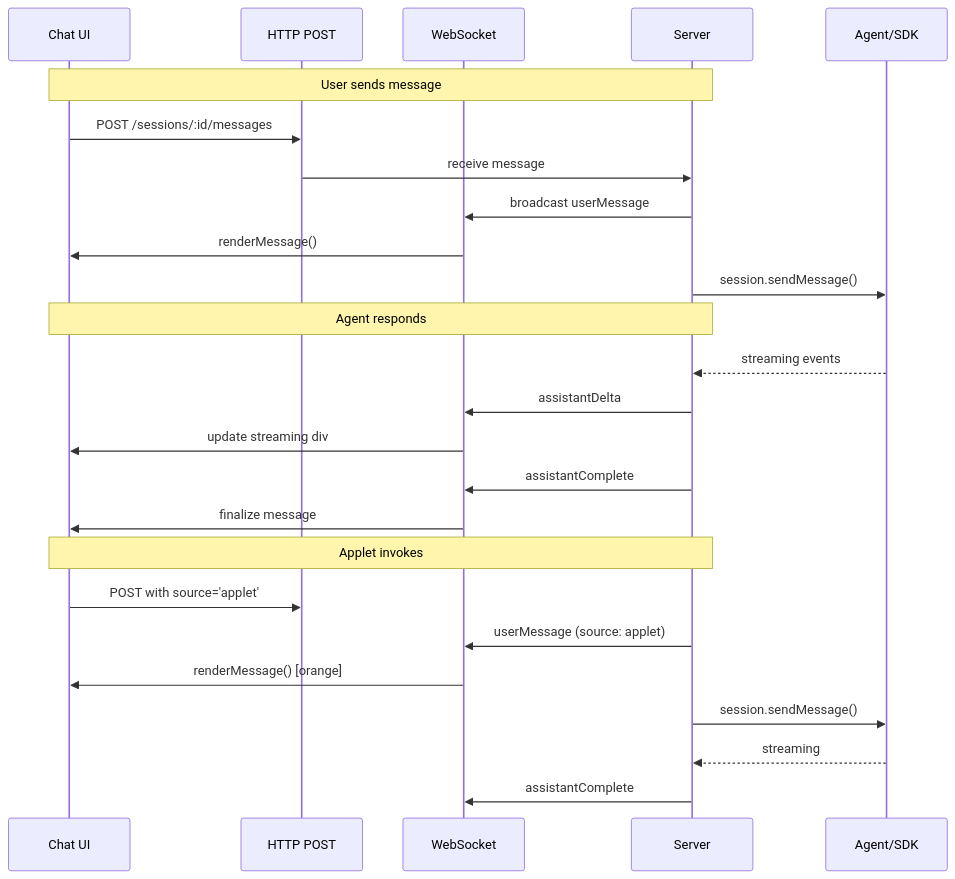
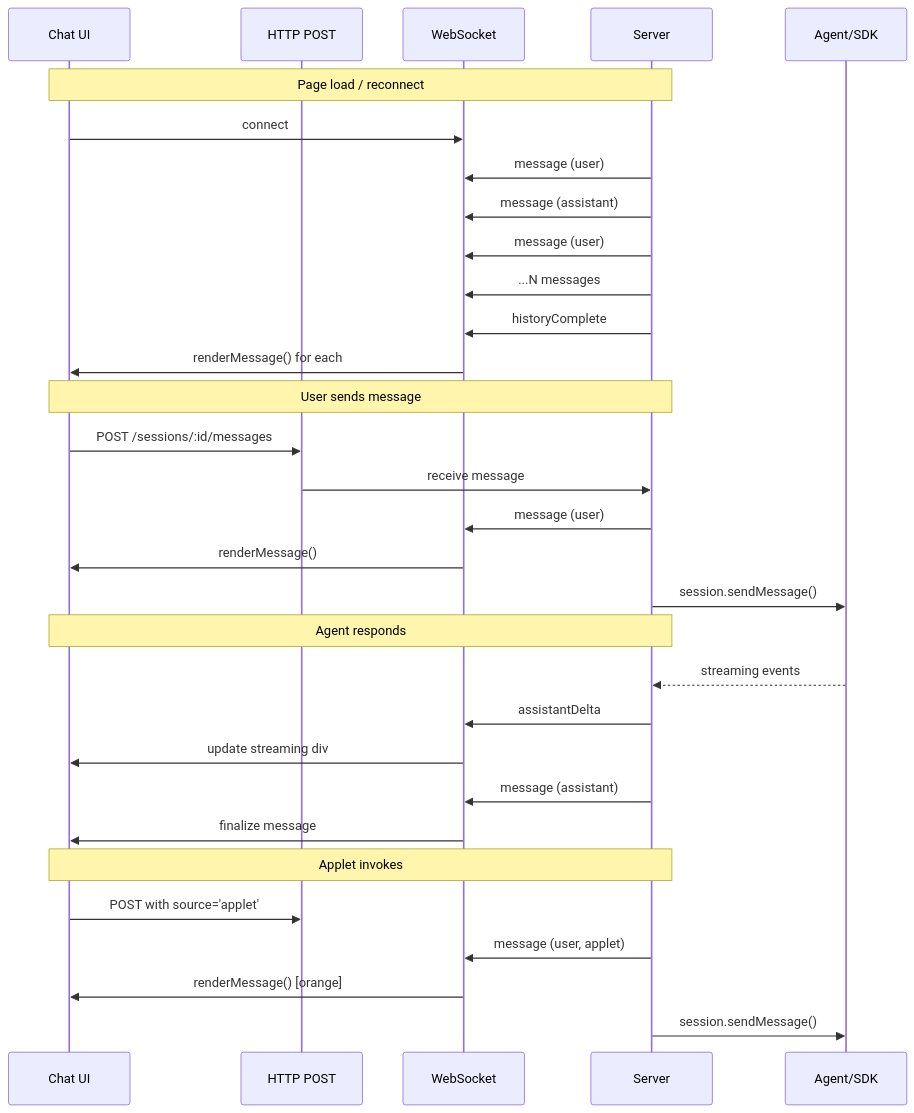
The diagram in doc/websocket.md (icksaur/caco), drawn with Mermaid before and after one commit. The commit also changed other lines of this file, not shown here.

Commit message:
doc: simplify to unified 'message' event type
- One 'message' event for all complete messages (history + live)
- History streams as individual messages, ends with 'historyComplete'
- Same renderMessage() handles everything
- Removed redundant userMessage/assistantComplete distinction

````diff
--- a/doc/websocket.md
+++ b/doc/websocket.md
@@ -242,30 +242,37 @@
 ```mermaid
 sequenceDiagram
     participant C as Chat UI
     participant H as HTTP POST
     participant W as WebSocket
     participant S as Server
     participant A as Agent/SDK
 
+    Note over C,S: Page load / reconnect
+    C->>W: connect
+    S->>W: message (user)
+    S->>W: message (assistant)
+    S->>W: message (user)
+    S->>W: ...N messages
+    S->>W: historyComplete
+    W->>C: renderMessage() for each
+
     Note over C,S: User sends message
     C->>H: POST /sessions/:id/messages
     H->>S: receive message
-    S->>W: broadcast userMessage
+    S->>W: message (user)
     W->>C: renderMessage()
     S->>A: session.sendMessage()
 
     Note over C,S: Agent responds
     A-->>S: streaming events
     S->>W: assistantDelta
     W->>C: update streaming div
-    S->>W: assistantComplete
+    S->>W: message (assistant)
     W->>C: finalize message
 
     Note over C,S: Applet invokes
     C->>H: POST with source='applet'
-    S->>W: userMessage (source: applet)
+    S->>W: message (user, applet)
     W->>C: renderMessage() [orange]
     S->>A: session.sendMessage()
-    A-->>S: streaming
-    S->>W: assistantComplete
 ```
````
